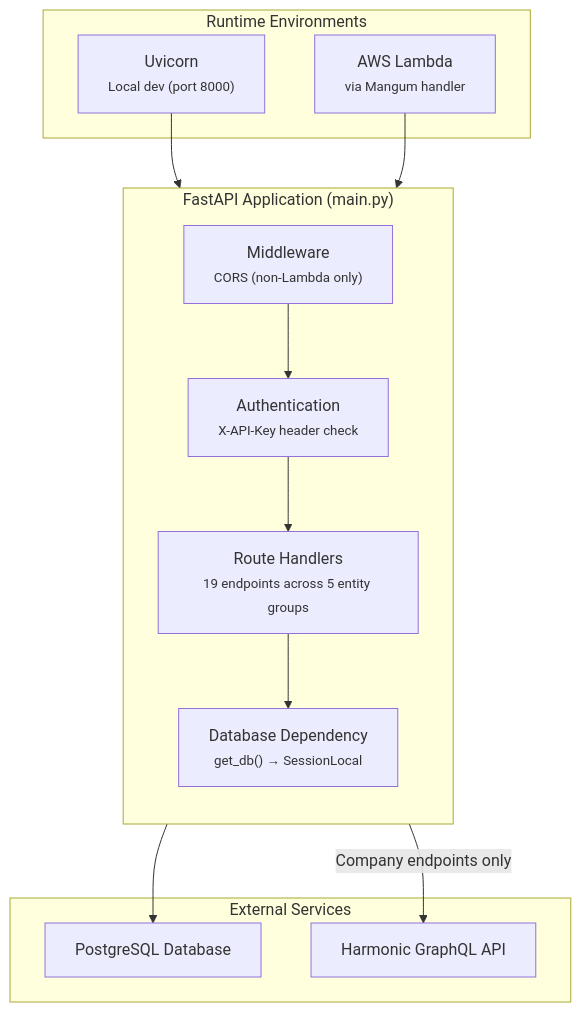
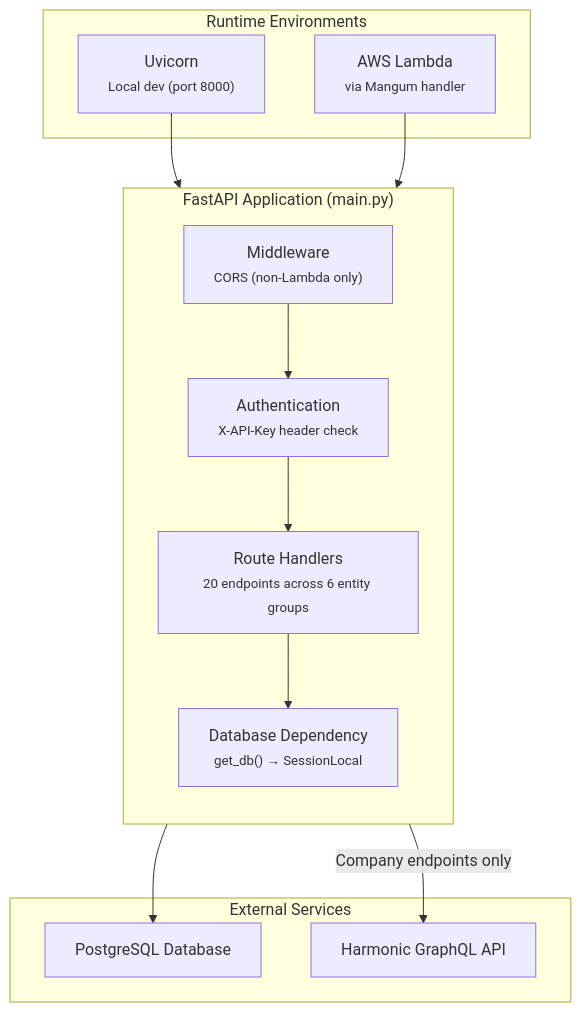
The second of 7 diagrams in docs/api/api.md (bhoxie20/omvision_docs), drawn with Mermaid before and after one commit. The commit also changed other lines of this file and 5 other files, not shown here.

````diff
--- a/docs/api/api.md
+++ b/docs/api/api.md
@@ -55,28 +55,28 @@
 ```mermaid
 flowchart TD
     subgraph API["FastAPI Application (main.py)"]
         direction TB
         MW["Middleware<br/><small>CORS (non-Lambda only)</small>"]
         Auth["Authentication<br/><small>X-API-Key header check</small>"]
-        Routes["Route Handlers<br/><small>19 endpoints across 5 entity groups</small>"]
+        Routes["Route Handlers<br/><small>20 endpoints across 6 entity groups</small>"]
         DB_Dep["Database Dependency<br/><small>get_db() → SessionLocal</small>"]
     end
 
     subgraph External["External Services"]
         DB["PostgreSQL Database"]
         Harmonic["Harmonic GraphQL API"]
     end
 
     subgraph Runtime["Runtime Environments"]
         Uvicorn["Uvicorn<br/><small>Local dev (port 8000)</small>"]
         Lambda["AWS Lambda<br/><small>via Mangum handler</small>"]
     end
 
     MW --> Auth
     Auth --> Routes
     Routes --> DB_Dep
     DB_Dep --> DB
     Routes -->|"Company endpoints only"| Harmonic
     Uvicorn --> API
     Lambda --> API
 ```
````
